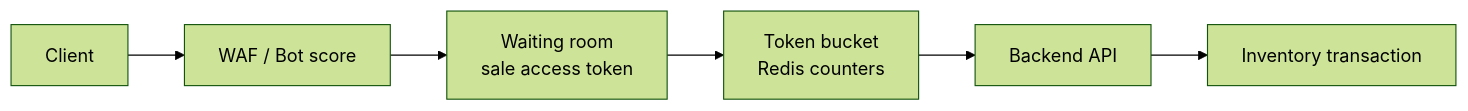
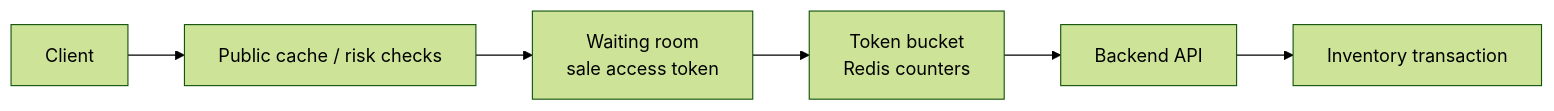
The first of 7 diagrams in blueprint/07-protection-mechanisms.md (Toanapr/ticket-box), drawn with Mermaid (forest theme) before and after one commit. The commit also changed other lines of this file and 11 other files, not shown here.

Commit message:
refactor: update system design documentation and architecture diagrams for clarity and accuracy

````diff
--- a/blueprint/07-protection-mechanisms.md
+++ b/blueprint/07-protection-mechanisms.md
@@ -42,8 +42,8 @@
 ```mermaid
 flowchart LR
-    Client["Client"] --> Edge["WAF / Bot score"]
+    Client["Client"] --> Edge["Public cache / risk checks"]
     Edge --> Queue["Waiting room<br/>sale access token"]
     Queue --> RateLimit["Token bucket<br/>Redis counters"]
     RateLimit --> API["Backend API"]
     API --> Inventory["Inventory transaction"]
 ```
````
